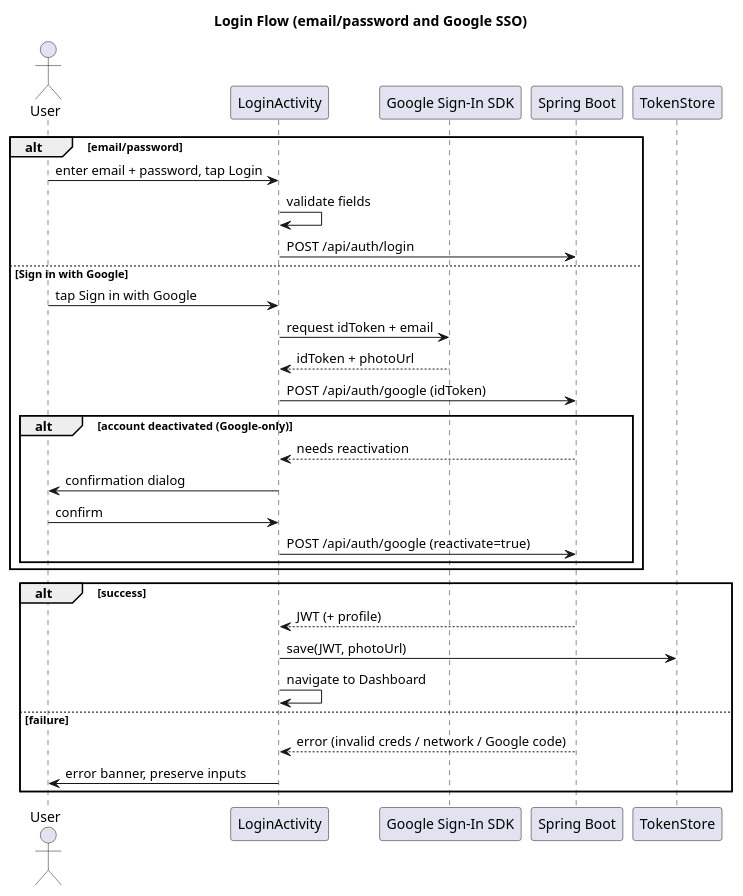
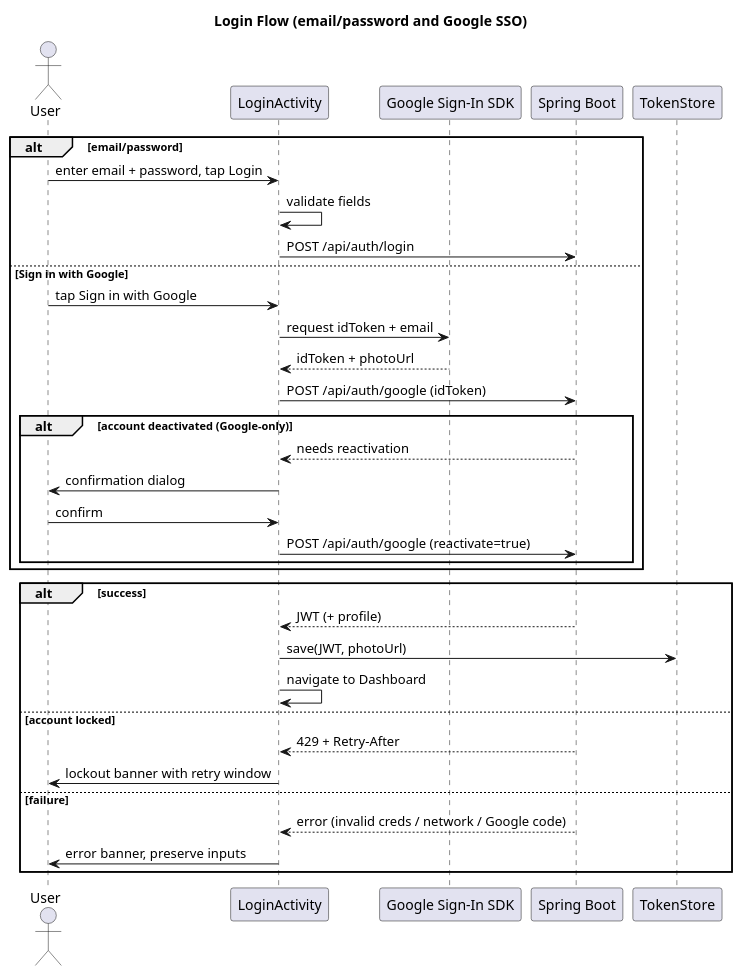
The third of 8 diagrams in docs/specs/07-plan-android-ui-flows.md (SA62-team4/mobile-application-dev-ca), drawn with PlantUML before and after one commit. The commit also changed other lines of this file and 9 other files, not shown here.

````diff
--- a/docs/specs/07-plan-android-ui-flows.md
+++ b/docs/specs/07-plan-android-ui-flows.md
@@ -202,37 +204,40 @@
 ```plantuml
 @startuml
 title Login Flow (email/password and Google SSO)
 
 actor User
 participant "LoginActivity" as Login
 participant "Google Sign-In SDK" as Google
 participant "Spring Boot" as Backend
 participant "TokenStore" as Store
 
 alt email/password
   User -> Login: enter email + password, tap Login
   Login -> Login: validate fields
   Login -> Backend: POST /api/auth/login
 else Sign in with Google
   User -> Login: tap Sign in with Google
   Login -> Google: request idToken + email
   Google --> Login: idToken + photoUrl
   Login -> Backend: POST /api/auth/google (idToken)
   alt account deactivated (Google-only)
     Backend --> Login: needs reactivation
     Login -> User: confirmation dialog
     User -> Login: confirm
     Login -> Backend: POST /api/auth/google (reactivate=true)
   end
 end
 
 alt success
   Backend --> Login: JWT (+ profile)
   Login -> Store: save(JWT, photoUrl)
   Login -> Login: navigate to Dashboard
+else account locked
+  Backend --> Login: 429 + Retry-After
+  Login -> User: lockout banner with retry window
 else failure
   Backend --> Login: error (invalid creds / network / Google code)
   Login -> User: error banner, preserve inputs
 end
 @enduml
 ```
````
